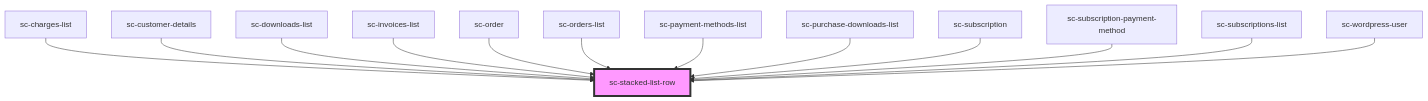
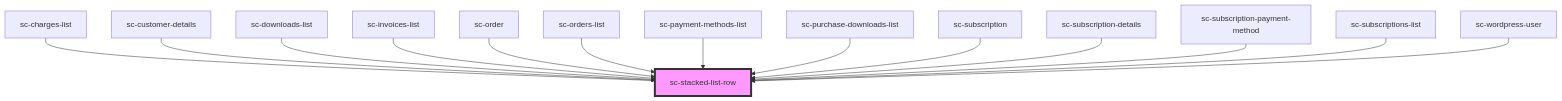
Before and after one commit to surecart/surecart-wp-plugin: the diagram in packages/components/src/components/ui/stacked-list-row/readme.md, drawn with Mermaid. The commit also changed other lines of this file and 15 other files, not shown here.

````diff
--- a/packages/components/src/components/ui/stacked-list-row/readme.md
+++ b/packages/components/src/components/ui/stacked-list-row/readme.md
@@ -42,16 +43,17 @@
 ```mermaid
 graph TD;
   sc-charges-list --> sc-stacked-list-row
   sc-customer-details --> sc-stacked-list-row
   sc-downloads-list --> sc-stacked-list-row
   sc-invoices-list --> sc-stacked-list-row
   sc-order --> sc-stacked-list-row
   sc-orders-list --> sc-stacked-list-row
   sc-payment-methods-list --> sc-stacked-list-row
   sc-purchase-downloads-list --> sc-stacked-list-row
   sc-subscription --> sc-stacked-list-row
+  sc-subscription-details --> sc-stacked-list-row
   sc-subscription-payment-method --> sc-stacked-list-row
   sc-subscriptions-list --> sc-stacked-list-row
   sc-wordpress-user --> sc-stacked-list-row
   style sc-stacked-list-row fill:#f9f,stroke:#333,stroke-width:4px
 ```
````
